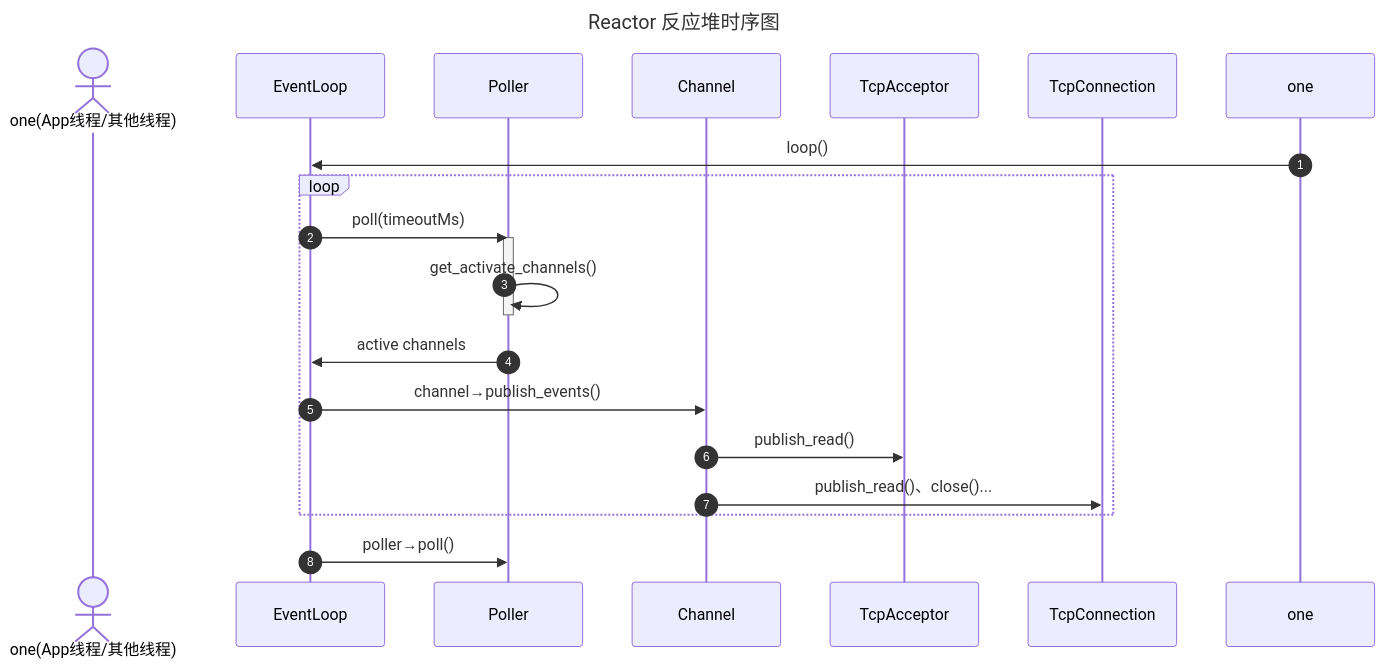
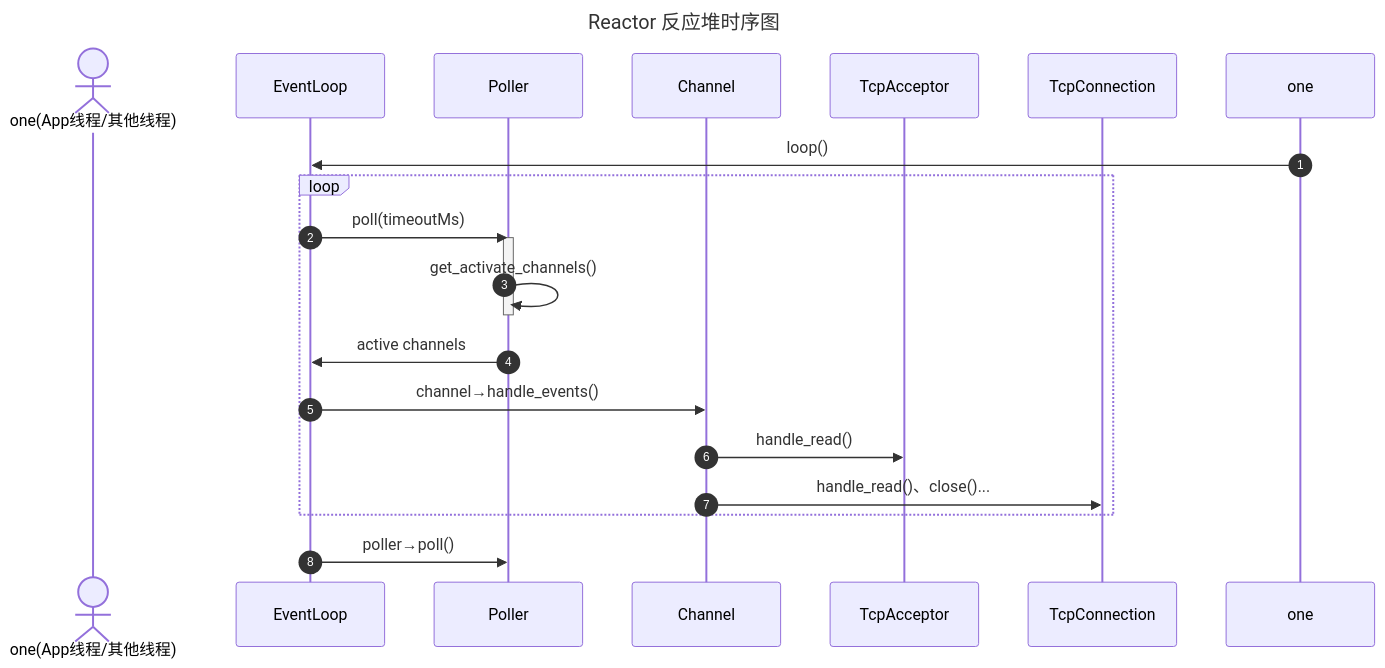
The diagram in doc/Sequence_Reactor.mmd (WenXingming/Tudou), drawn with Mermaid before and after one commit. The commit also changed 14 other files, not shown here.

```diff
--- a/doc/Sequence_Reactor.mmd
+++ b/doc/Sequence_Reactor.mmd
@@ -1,33 +1,33 @@
 %%{init: {
     "theme": "default",
     "themeVariables": {
         "fontFamily": "Times New Roman",
         "fontSize": "20px"
     }
 }}%%
 
 sequenceDiagram
     title Reactor 反应堆时序图
     autonumber
 
     actor one(App线程/其他线程)
     participant EventLoop
     participant Poller
     participant Channel
     participant TcpAcceptor
     participant TcpConnection
 
     one ->> EventLoop: loop()
     loop
         EventLoop->>Poller: poll(timeoutMs)
 
         activate Poller
         Poller->>Poller: get_activate_channels()
         deactivate Poller
         
         Poller->>EventLoop: active channels
-        EventLoop->>Channel: channel→publish_events()
-        Channel->> TcpAcceptor: publish_read()
-        Channel->> TcpConnection: publish_read()、close()...
+        EventLoop->>Channel: channel→handle_events()
+        Channel->> TcpAcceptor: handle_read()
+        Channel->> TcpConnection: handle_read()、close()...
     end
     EventLoop->>Poller: poller→poll()
```
